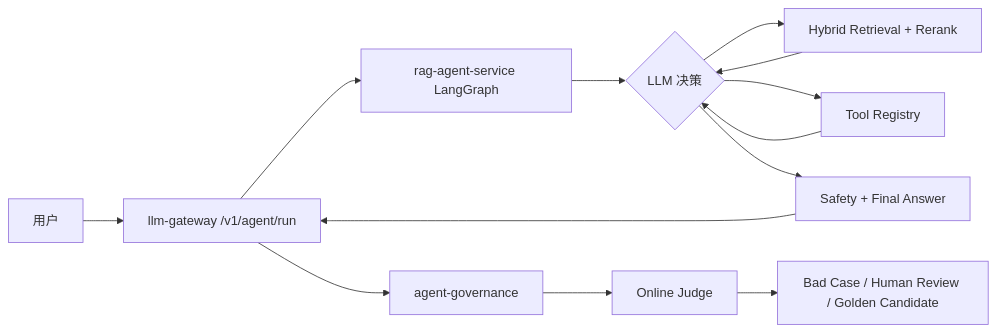
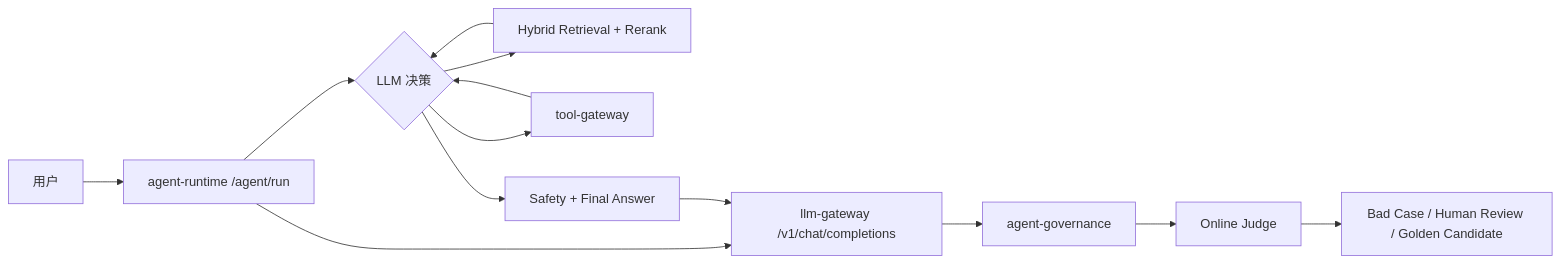
The diagram in llm-gateway/docs/Agent-RAG与发布闭环.md (teacherMaostudent/agent), drawn with Mermaid before and after one commit. The commit also changed other lines of this file and 89 other files, not shown here.

````diff
--- a/llm-gateway/docs/Agent-RAG与发布闭环.md
+++ b/llm-gateway/docs/Agent-RAG与发布闭环.md
@@ -5,15 +5,15 @@
 ```mermaid
 flowchart LR
-    U[用户] --> G[llm-gateway /v1/agent/run]
-    G --> A[rag-agent-service LangGraph]
+    U[用户] --> A[agent-runtime /agent/run]
+    A --> G[llm-gateway /v1/chat/completions]
     A --> D{LLM 决策}
     D --> R[Hybrid Retrieval + Rerank]
-    D --> T[Tool Registry]
+    D --> T[tool-gateway]
     R --> D
     T --> D
     D --> S[Safety + Final Answer]
     S --> G
     G --> V[agent-governance]
     V --> J[Online Judge]
     J --> B[Bad Case / Human Review / Golden Candidate]
 ```
````
